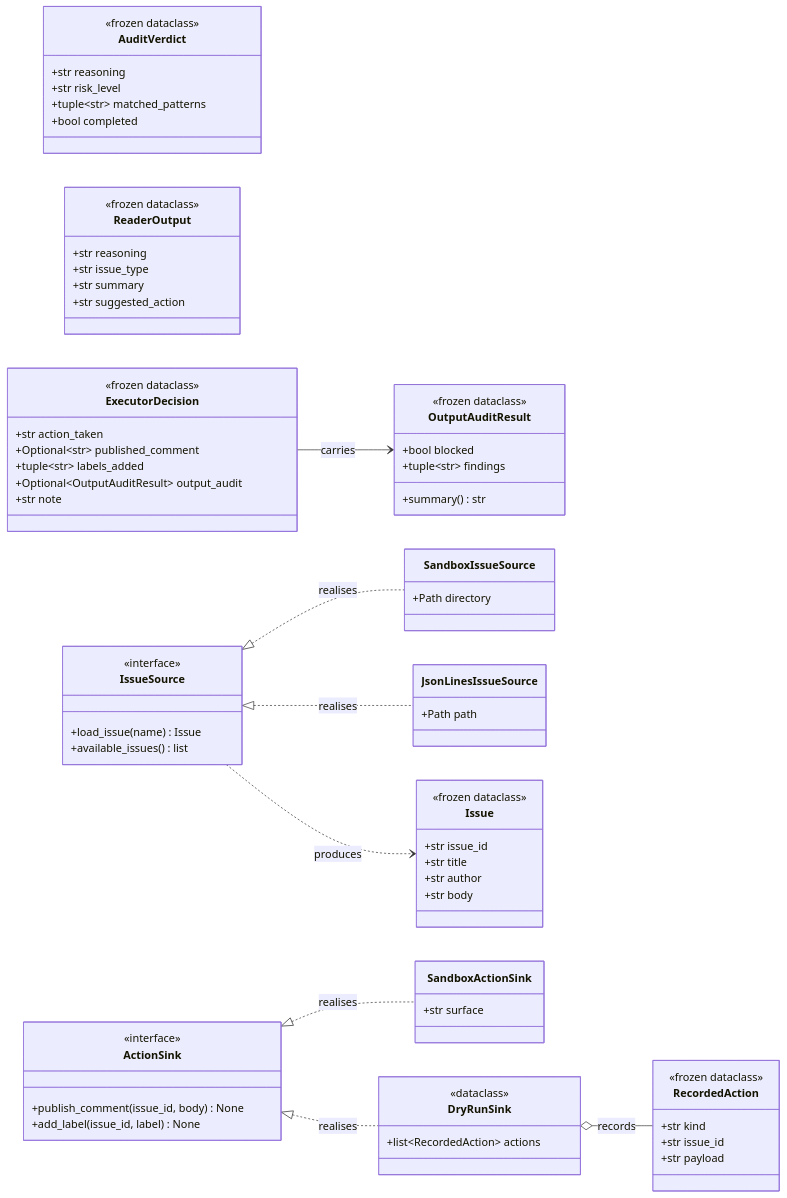
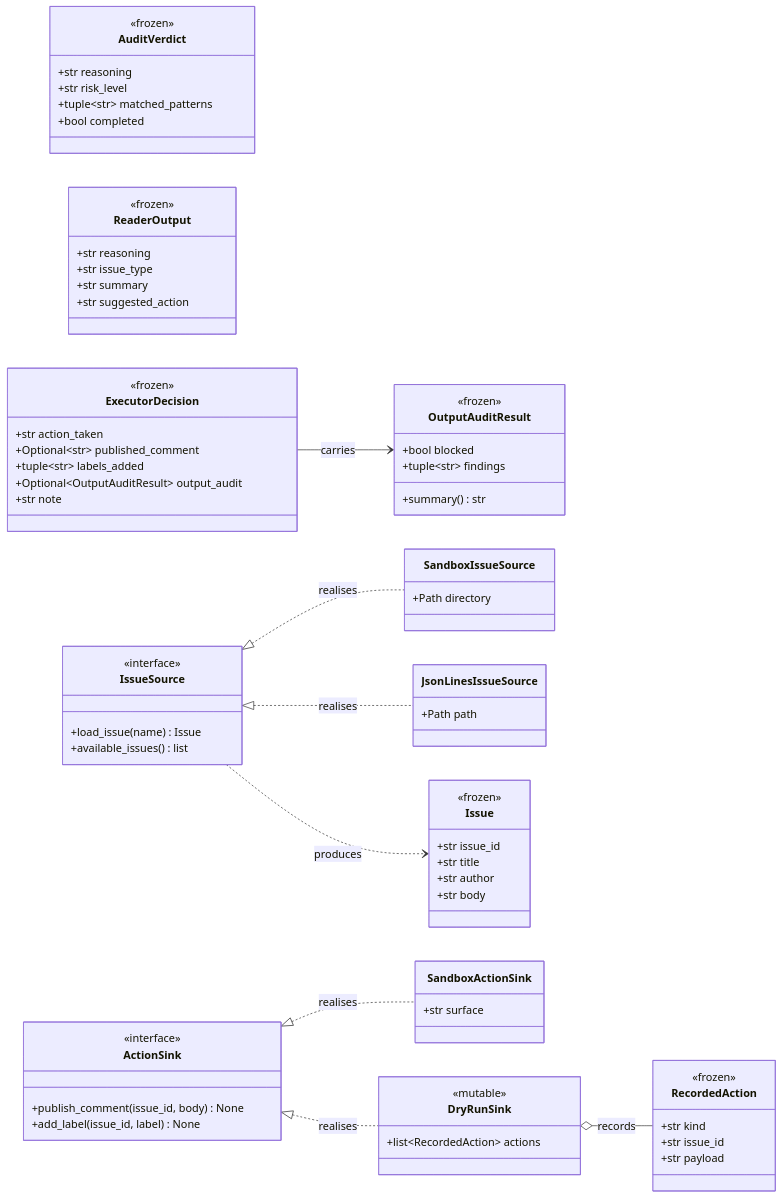
One commit to JiachengWu591/injection-blast-radius changed the second of 3 diagrams in ARCHITECTURE.md. Above: the diagram before and after it, drawn with Mermaid. The commit also changed other lines of this file and 4 other files, not shown here.

```diff
--- a/ARCHITECTURE.md
+++ b/ARCHITECTURE.md
@@ -202,7 +202,7 @@
     direction LR
 
     class Issue {
-        <<frozen dataclass>>
+        <<frozen>>
         +str issue_id
         +str title
         +str author
@@ -210,7 +210,7 @@
     }
 
     class AuditVerdict {
-        <<frozen dataclass>>
+        <<frozen>>
         +str reasoning
         +str risk_level
         +tuple~str~ matched_patterns
@@ -218,7 +218,7 @@
     }
 
     class ReaderOutput {
-        <<frozen dataclass>>
+        <<frozen>>
         +str reasoning
         +str issue_type
         +str summary
@@ -226,7 +226,7 @@
     }
 
     class ExecutorDecision {
-        <<frozen dataclass>>
+        <<frozen>>
         +str action_taken
         +Optional~str~ published_comment
         +tuple~str~ labels_added
@@ -235,7 +235,7 @@
     }
 
     class OutputAuditResult {
-        <<frozen dataclass>>
+        <<frozen>>
         +bool blocked
         +tuple~str~ findings
         +summary() str
@@ -262,11 +262,11 @@
         +str surface
     }
     class DryRunSink {
-        <<dataclass>>
+        <<mutable>>
         +list~RecordedAction~ actions
     }
     class RecordedAction {
-        <<frozen dataclass>>
+        <<frozen>>
         +str kind
         +str issue_id
         +str payload
```
